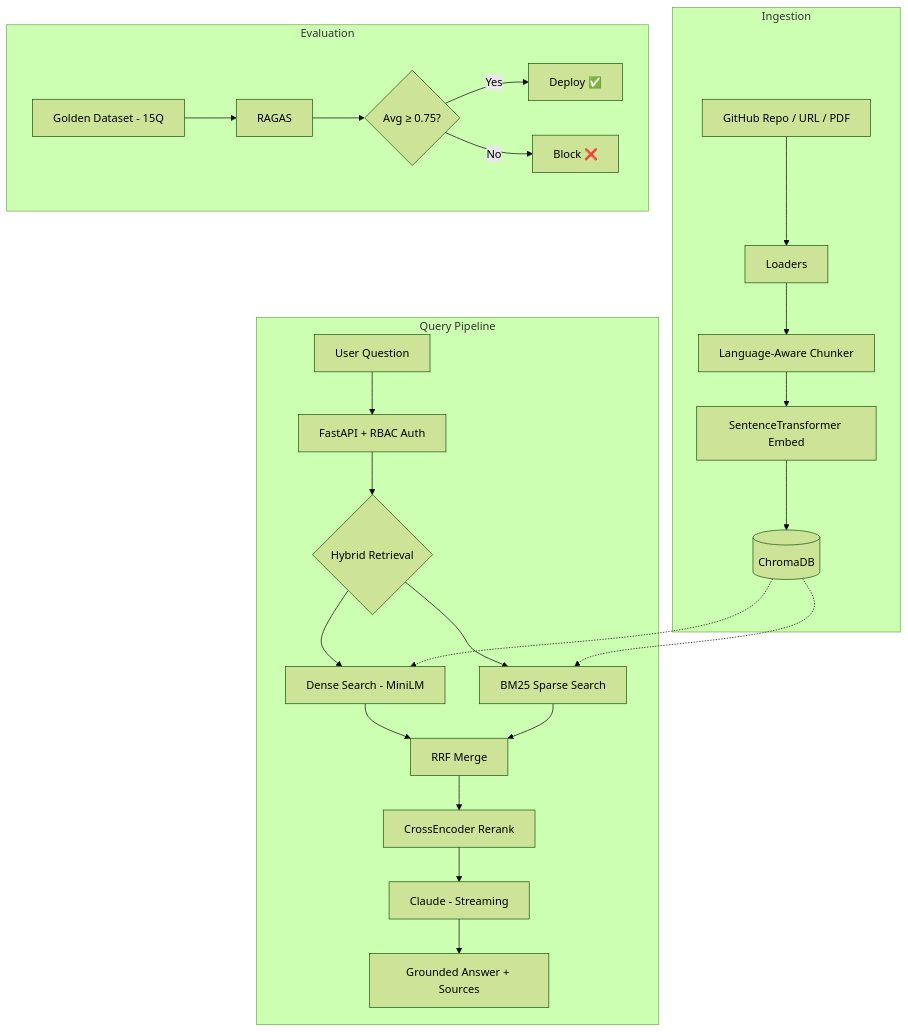
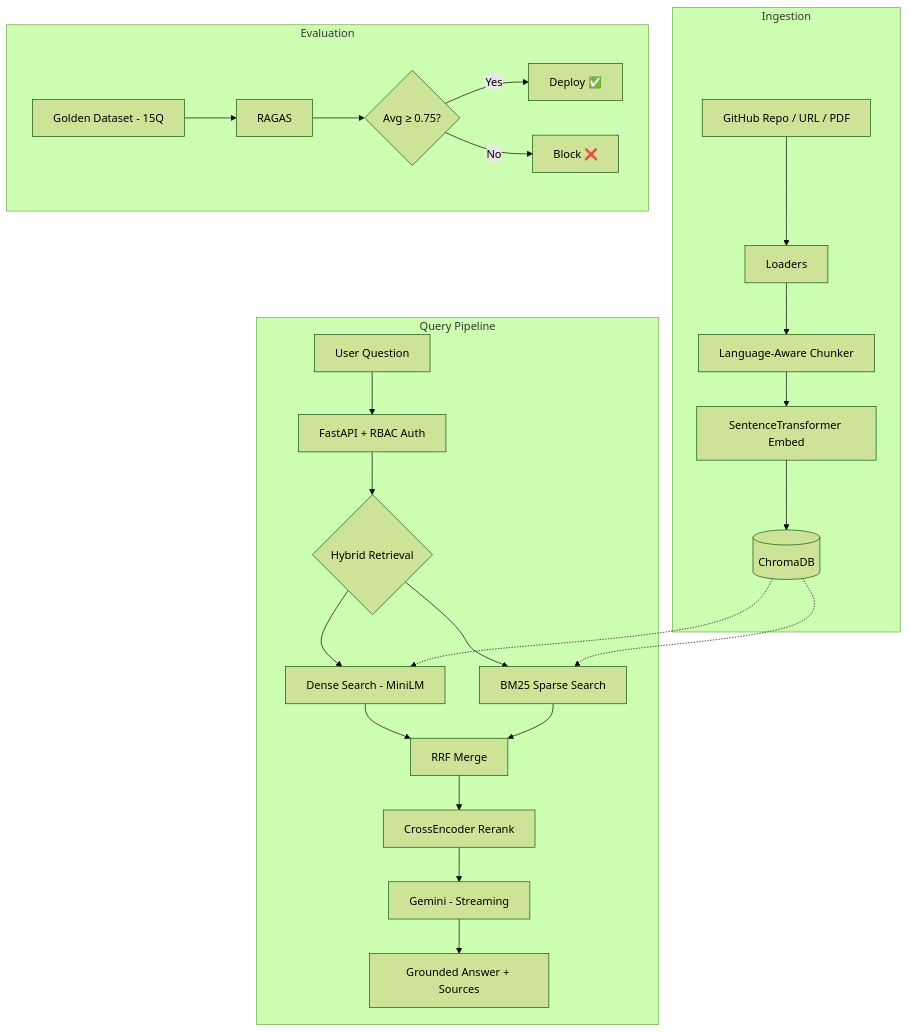
The diagram in README.md (23f3001800/DevDocs-AI), drawn with Mermaid (forest theme) before and after one commit. The commit also changed other lines of this file and 30 other files, not shown here.

First line of the commit message:
fix: repair retrieval/streaming bugs, consolidate on Gemini, harden prod

````diff
--- a/README.md
+++ b/README.md
@@ -41,31 +41,31 @@
 ```mermaid
 graph TB
     subgraph Ingestion
         A[GitHub Repo / URL / PDF] --> B[Loaders]
         B --> C[Language-Aware Chunker]
         C --> D[SentenceTransformer Embed]
         D --> E[(ChromaDB)]
     end
 
     subgraph Query Pipeline
         F[User Question] --> G[FastAPI + RBAC Auth]
         G --> H{Hybrid Retrieval}
         H --> I[Dense Search - MiniLM]
         H --> J[BM25 Sparse Search]
         I --> K[RRF Merge]
         J --> K
         K --> L[CrossEncoder Rerank]
-        L --> M[Claude - Streaming]
+        L --> M[Gemini - Streaming]
         M --> N[Grounded Answer + Sources]
     end
 
     subgraph Evaluation
         O[Golden Dataset - 15Q] --> P[RAGAS]
         P --> Q{Avg ≥ 0.75?}
         Q -->|Yes| R[Deploy ✅]
         Q -->|No| S[Block ❌]
     end
 
     E -.-> I
     E -.-> J
 ```
````
